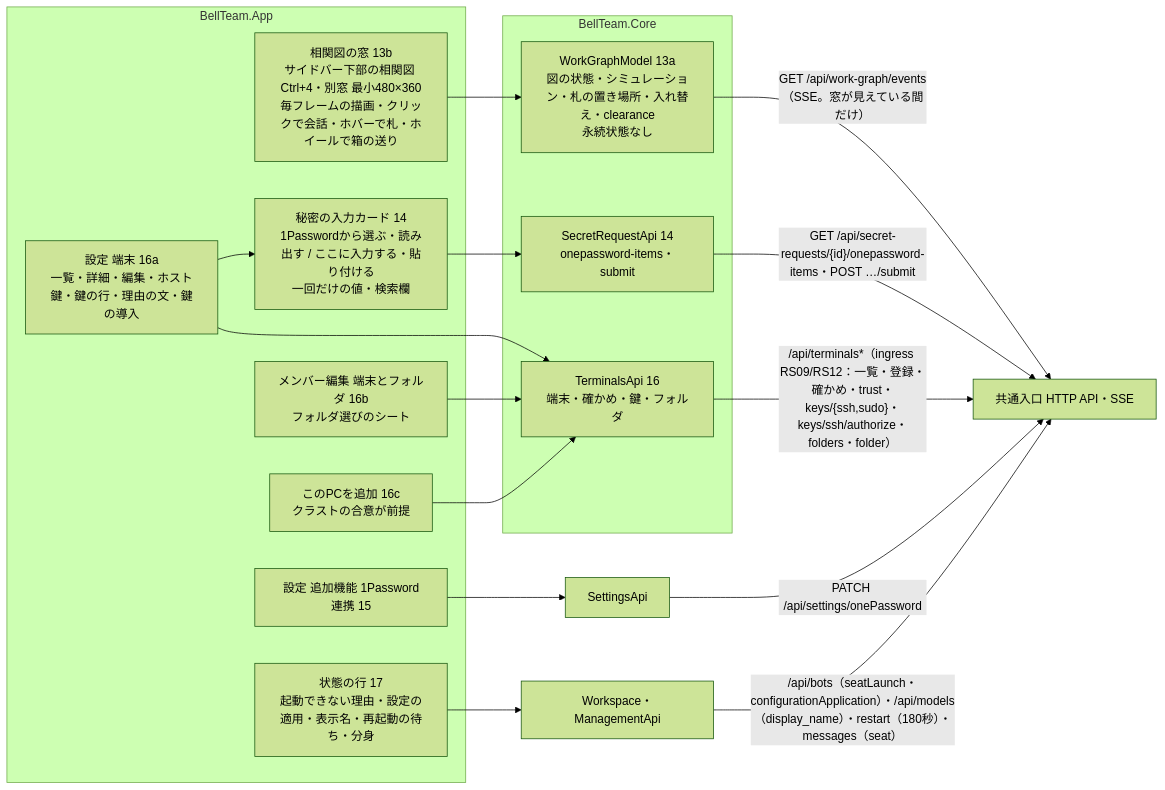
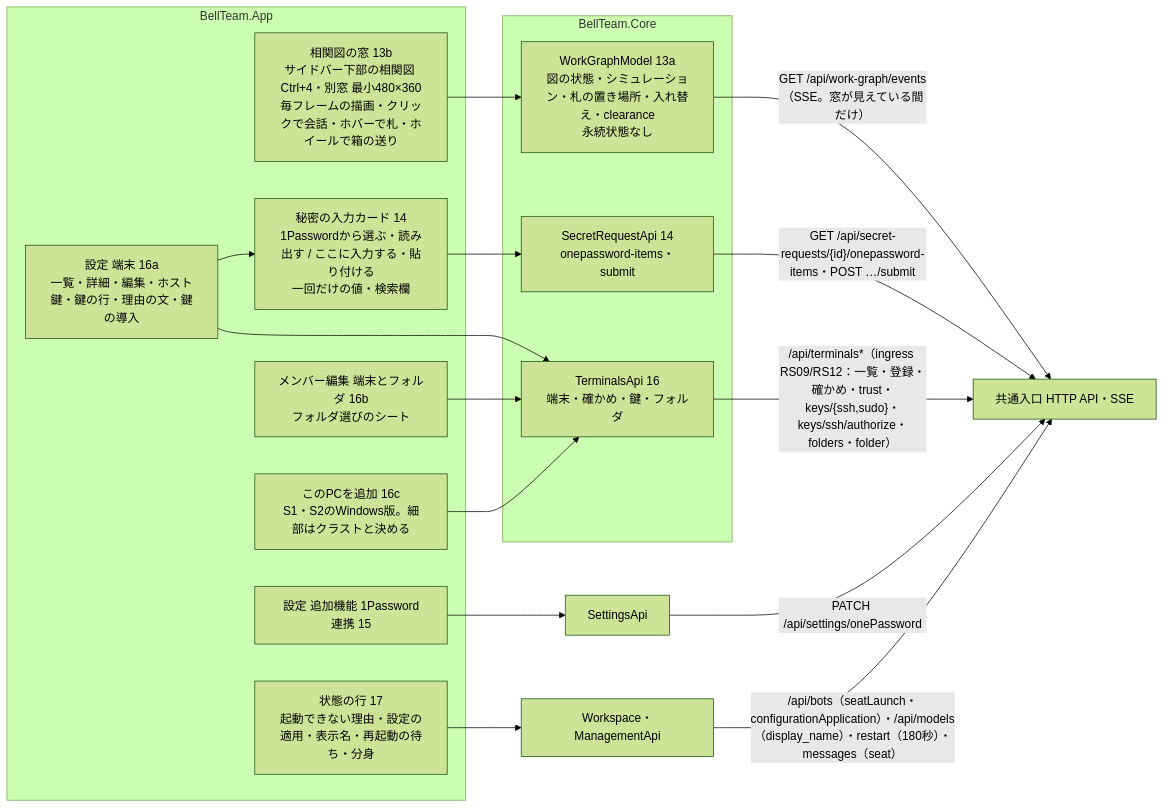
Before and after one commit to kitepon/BellTeam: the fifth of 6 diagrams in docs/windows-architecture.md, drawn with Mermaid (forest theme). The commit also changed 1 other file, not shown here.

Commit message:
docs: 16c is in (Trony ruling 2026-11-11); Windows S1/S2 details with Crust

````diff
--- a/docs/windows-architecture.md
+++ b/docs/windows-architecture.md
@@ -126,30 +126,30 @@
 ```mermaid
 flowchart LR
   subgraph AppNew[BellTeam.App]
     N1[相関図の窓 13b<br/>サイドバー下部の相関図 Ctrl+4・別窓 最小480×360<br/>毎フレームの描画・クリックで会話・ホバーで札・ホイールで箱の送り]
     N2[秘密の入力カード 14<br/>1Passwordから選ぶ・読み出す / ここに入力する・貼り付ける<br/>一回だけの値・検索欄]
     N3[設定 追加機能 1Password連携 15]
     N4[設定 端末 16a<br/>一覧・詳細・編集・ホスト鍵・鍵の行・理由の文・鍵の導入]
     N5[メンバー編集 端末とフォルダ 16b<br/>フォルダ選びのシート]
-    N6[このPCを追加 16c<br/>クラストの合意が前提]
+    N6[このPCを追加 16c<br/>S1・S2のWindows版。細部はクラストと決める]
     N7[状態の行 17<br/>起動できない理由・設定の適用・表示名・再起動の待ち・分身]
   end
   subgraph CoreNew[BellTeam.Core]
     W1[WorkGraphModel 13a<br/>図の状態・シミュレーション・札の置き場所・入れ替え・clearance<br/>永続状態なし]
     W2[SecretRequestApi 14<br/>onepassword-items・submit]
     W3[TerminalsApi 16<br/>端末・確かめ・鍵・フォルダ]
   end
   N1 --> W1
   N2 --> W2
   N3 --> C6x[SettingsApi]
   N4 --> W3
   N4 --> N2
   N5 --> W3
   N6 --> W3
   N7 --> C1x[Workspace・ManagementApi]
   W1 -->|"GET /api/work-graph/events（SSE。窓が見えている間だけ）"| APIx[共通入口 HTTP API・SSE]
   W2 -->|"GET /api/secret-requests/{id}/onepassword-items・POST …/submit"| APIx
   W3 -->|"/api/terminals*（ingress RS09/RS12：一覧・登録・確かめ・trust・keys/{ssh,sudo}・keys/ssh/authorize・folders・folder）"| APIx
   C6x -->|"PATCH /api/settings/onePassword"| APIx
   C1x -->|"/api/bots（seatLaunch・configurationApplication）・/api/models（display_name）・restart（180秒）・messages（seat）"| APIx
 ```
````
